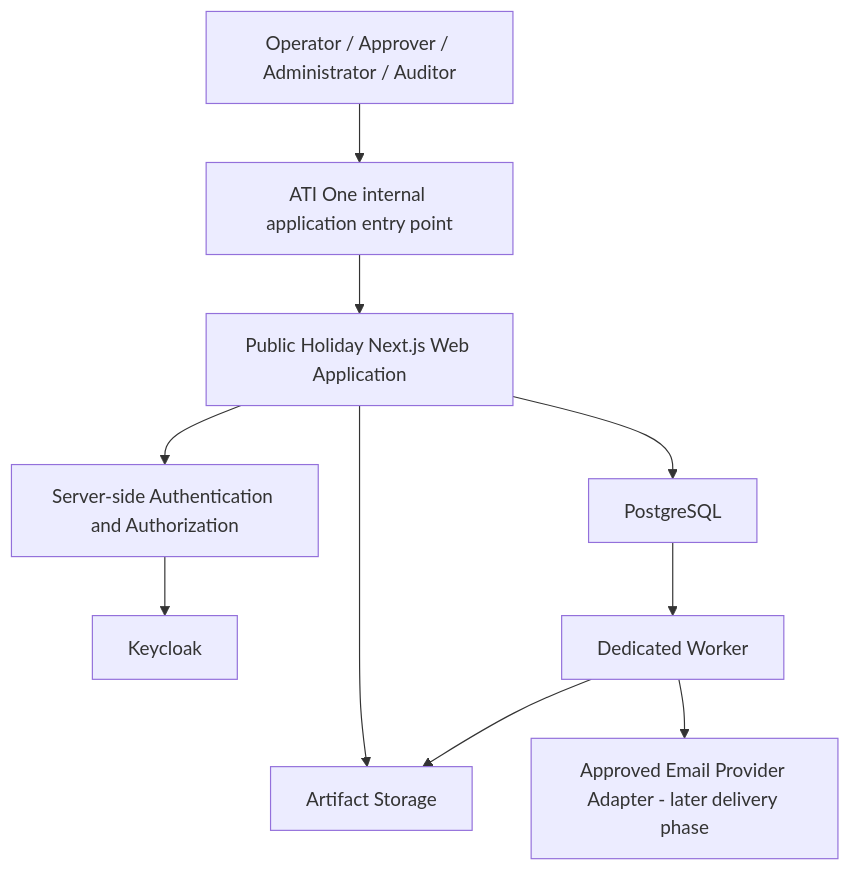
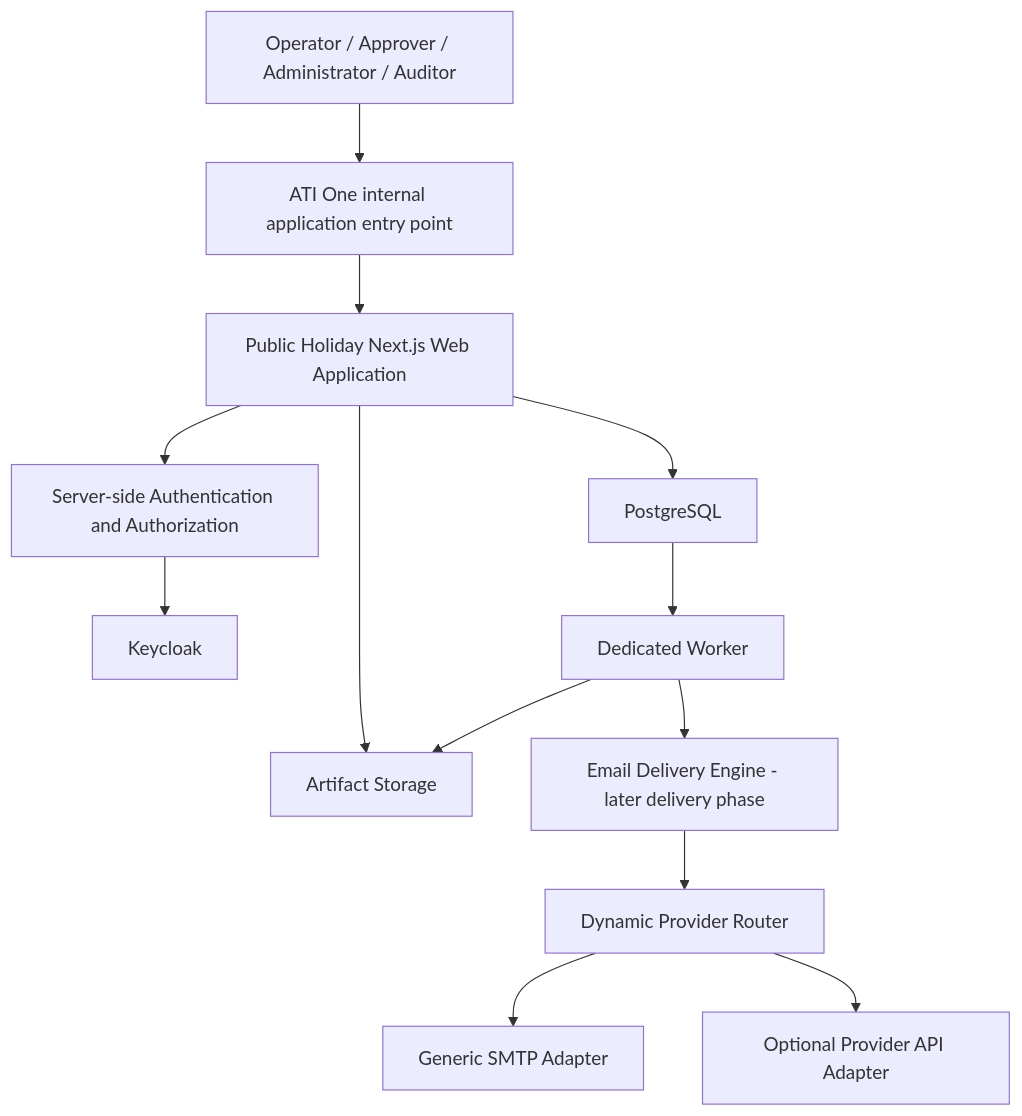
One commit to anshacerbia2/ati-ph changed the first of 7 diagrams in PROPOSAL.md. Above: the diagram before and after it, drawn with Mermaid. The commit also changed other lines of this file and 6 other files, not shown here.

````diff
--- a/PROPOSAL.md
+++ b/PROPOSAL.md
@@ -164,12 +167,15 @@
 ```mermaid
 flowchart TD
     USER["Operator / Approver / Administrator / Auditor"] --> PORTAL["ATI One internal application entry point"]
     PORTAL --> WEB["Public Holiday Next.js Web Application"]
     WEB --> AUTH["Server-side Authentication and Authorization"]
     AUTH --> KC["Keycloak"]
     WEB --> DB["PostgreSQL"]
     WEB --> OBJ["Artifact Storage"]
     DB --> WORKER["Dedicated Worker"]
     WORKER --> OBJ
-    WORKER --> EMAIL["Approved Email Provider Adapter - later delivery phase"]
+    WORKER --> EMAIL["Email Delivery Engine - later delivery phase"]
+    EMAIL --> ROUTER["Dynamic Provider Router"]
+    ROUTER --> SMTP["Generic SMTP Adapter"]
+    ROUTER --> API["Optional Provider API Adapter"]
 ```
````
